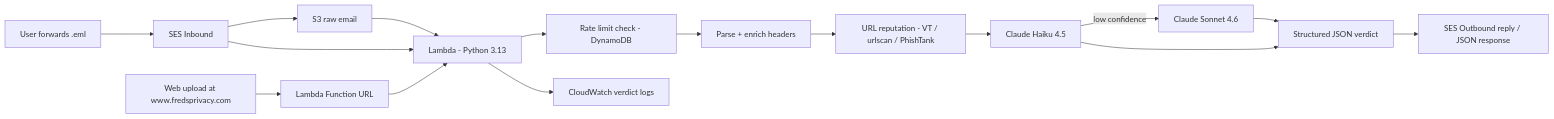
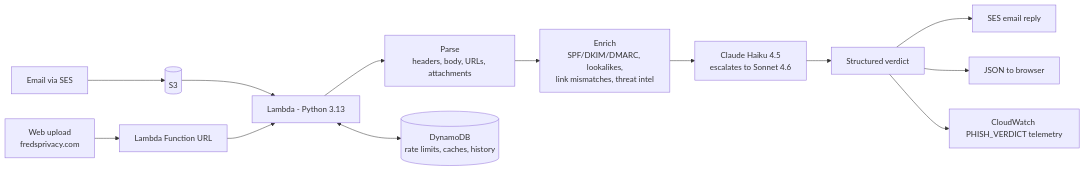
Before and after one commit to fredpord3/phish-analyzer: the diagram in README.md, drawn with Mermaid. The commit also changed other lines of this file, not shown here.

First line of the commit message:
Revise README for updated features and architecture

````diff
--- a/README.md
+++ b/README.md
@@ -11,18 +14,15 @@
 ```mermaid
 flowchart LR
-    A[User forwards .eml] --> B[SES Inbound]
-    W[Web upload at www.fredsprivacy.com] --> U[Lambda Function URL]
-    B --> C[S3 raw email]
-    B --> D[Lambda - Python 3.13]
-    U --> D
-    C --> D
-    D --> R[Rate limit check - DynamoDB]
-    R --> E[Parse + enrich headers]
-    E --> T[URL reputation - VT / urlscan / PhishTank]
-    T --> F[Claude Haiku 4.5]
-    F -->|low confidence| F2[Claude Sonnet 4.6]
-    F --> G[Structured JSON verdict]
-    F2 --> G
-    G --> H[SES Outbound reply / JSON response]
-    D --> I[CloudWatch verdict logs]
+    A[Email via SES] --> S3[(S3)]
+    B[Web upload<br>fredsprivacy.com] --> FURL[Lambda Function URL]
+    S3 --> L[Lambda - Python 3.13]
+    FURL --> L
+    L --> P[Parse<br>headers, body, URLs, attachments]
+    P --> E[Enrich<br>SPF/DKIM/DMARC, lookalikes,<br>link mismatches, threat intel]
+    E --> M[Claude Haiku 4.5<br>escalates to Sonnet 4.6]
+    M --> V[Structured verdict]
+    V --> R1[SES email reply]
+    V --> R2[JSON to browser]
+    V --> CW[CloudWatch PHISH_VERDICT telemetry]
+    L <--> D[(DynamoDB<br>rate limits, caches, history)]
 ```
````
